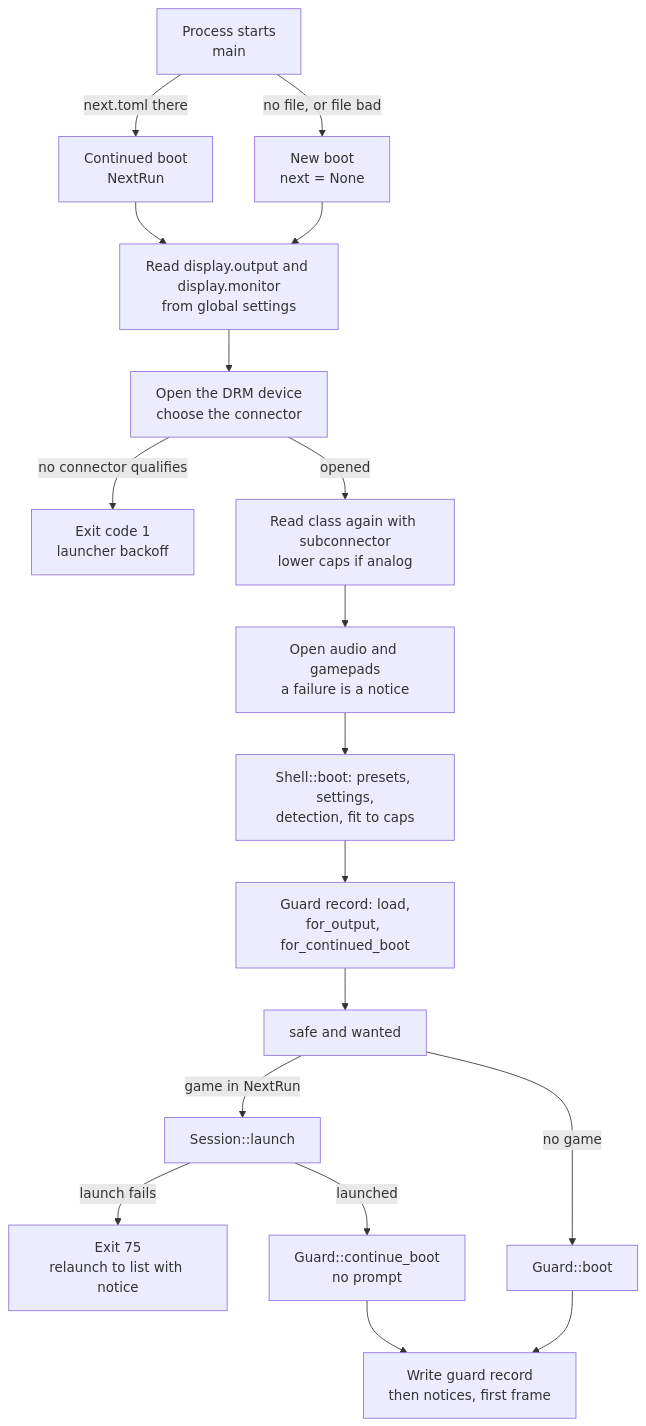
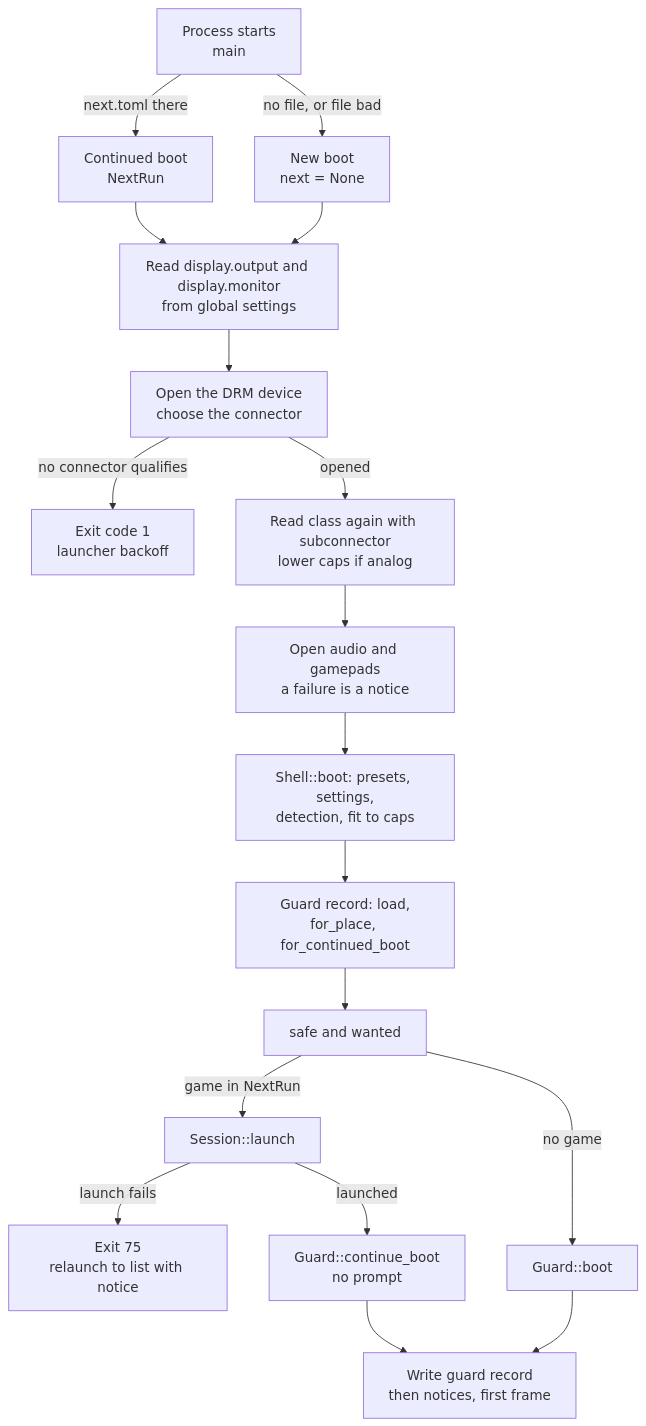
The first of 5 diagrams in docs/flows/02-frontend-boot.md (paologaleotti/neptron), drawn with Mermaid before and after one commit. The commit also changed other lines of this file and 11 other files, not shown here.

````diff
--- a/docs/flows/02-frontend-boot.md
+++ b/docs/flows/02-frontend-boot.md
@@ -11,20 +11,20 @@
 ```mermaid
 flowchart TD
     A["Process starts<br/>main"] -->|"next.toml there"| B["Continued boot<br/>NextRun"]
     A -->|"no file, or file bad"| C["New boot<br/>next = None"]
     B --> D["Read display.output and display.monitor<br/>from global settings"]
     C --> D
     D --> E["Open the DRM device<br/>choose the connector"]
     E -->|"no connector qualifies"| X["Exit code 1<br/>launcher backoff"]
     E -->|"opened"| F["Read class again with subconnector<br/>lower caps if analog"]
     F --> G["Open audio and gamepads<br/>a failure is a notice"]
     G --> H["Shell::boot: presets, settings,<br/>detection, fit to caps"]
-    H --> I["Guard record: load,<br/>for_output, for_continued_boot"]
+    H --> I["Guard record: load,<br/>for_place, for_continued_boot"]
     I --> J["safe and wanted"]
     J -->|"game in NextRun"| K["Session::launch"]
     K -->|"launch fails"| R["Exit 75<br/>relaunch to list with notice"]
     K -->|"launched"| L2["Guard::continue_boot<br/>no prompt"]
     J -->|"no game"| L["Guard::boot"]
     L2 --> M
     L --> M["Write guard record<br/>then notices, first frame"]
 ```
````
